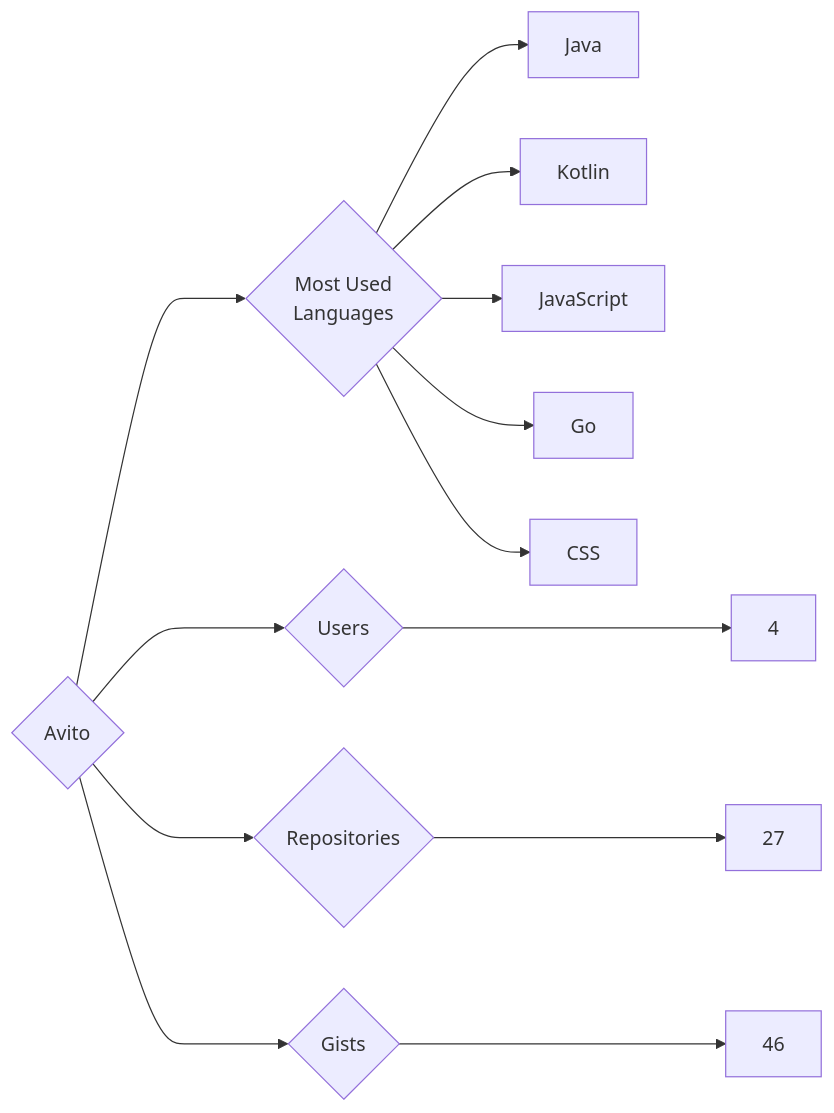
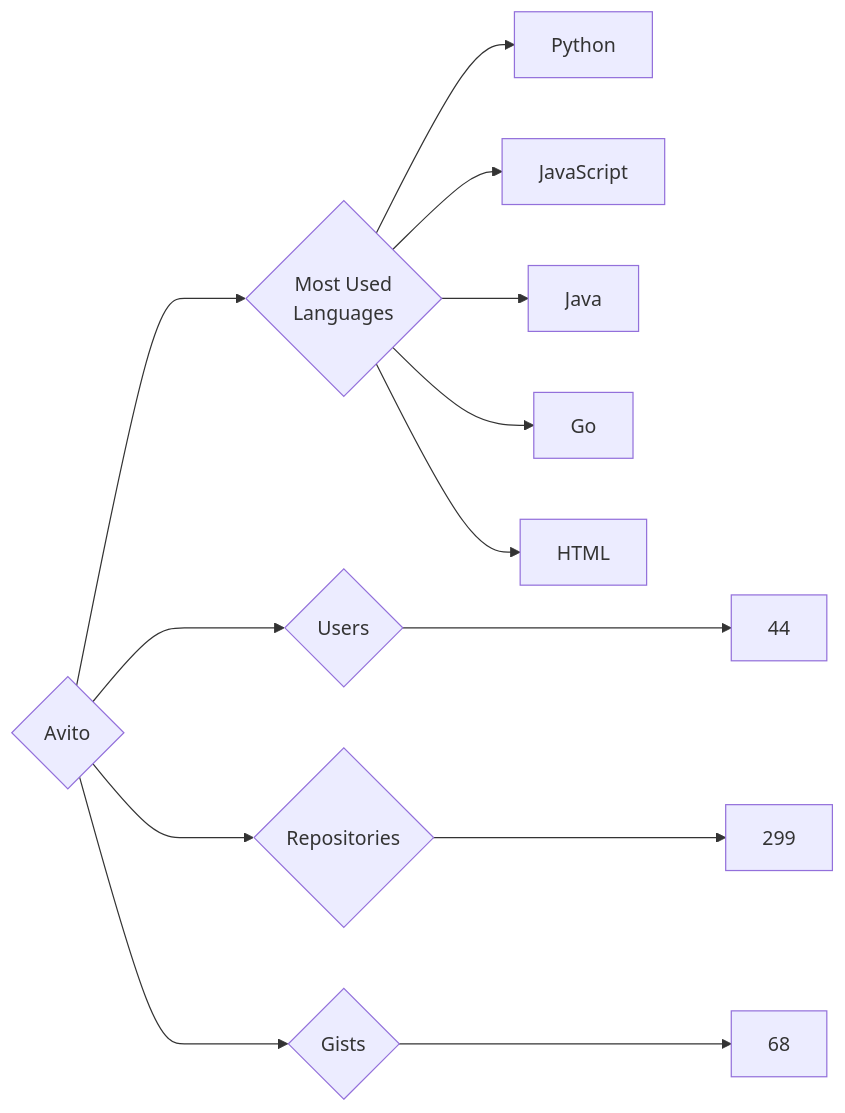
The diagram in targets/Avito/README.md (trickest/insiders), drawn with Mermaid before and after one commit. The commit also changed 594 other files, not shown here.

````diff
--- a/targets/Avito/README.md
+++ b/targets/Avito/README.md
@@ -3,13 +3,13 @@
 ```mermaid
 graph LR
 COMPANY_NAME{Avito}
-COMPANY_NAME ---> U{Users} ---> UN[4]
-COMPANY_NAME ---> R{Repositories} ---> RN[27]
-COMPANY_NAME ---> G{Gists} ---> GN[46]
+COMPANY_NAME ---> U{Users} ---> UN[44]
+COMPANY_NAME ---> R{Repositories} ---> RN[299]
+COMPANY_NAME ---> G{Gists} ---> GN[68]
 COMPANY_NAME ---> ML{Most Used<br>Languages}
+ML --> Python[Python]
+ML --> JavaScript[JavaScript]
 ML --> Java[Java]
-ML --> Kotlin[Kotlin]
-ML --> JavaScript[JavaScript]
 ML --> Go[Go]
-ML --> CSS[CSS]
+ML --> HTML[HTML]
 ```
````
